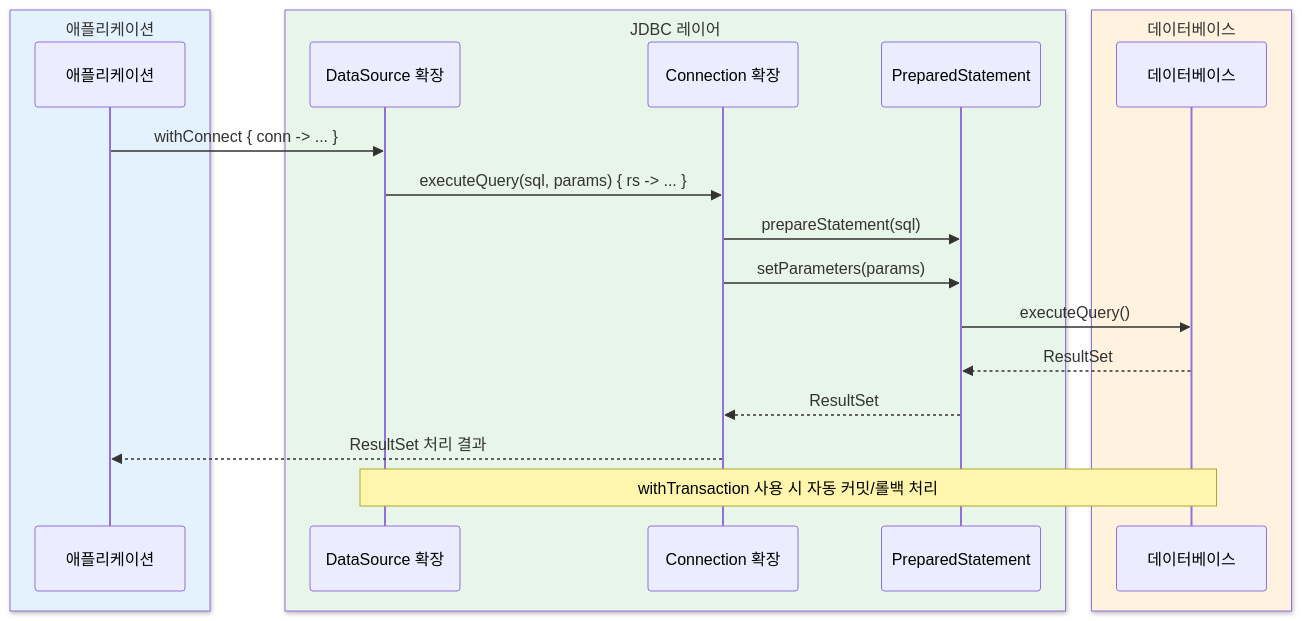
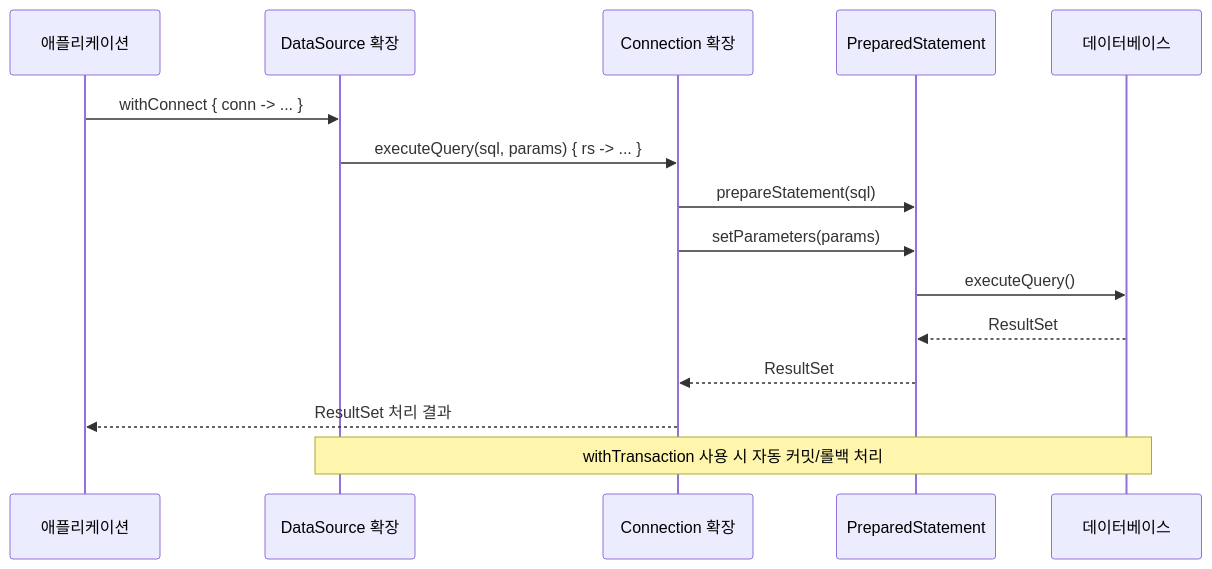
Before and after one commit to bluetape4k/bluetape4k-projects: the third of 3 diagrams in data/jdbc/README.ko.md, drawn with Mermaid. The commit also changed other lines of this file and 219 other files, not shown here.

First line of the commit message:
docs: 전체 README Mermaid 다이어그램 가이드 적용

````diff
--- a/data/jdbc/README.ko.md
+++ b/data/jdbc/README.ko.md
@@ -546,25 +546,19 @@
 ```mermaid
 sequenceDiagram
-    box rgb(227, 242, 253) 애플리케이션
         participant App as 애플리케이션
-    end
-    box rgb(232, 245, 233) JDBC 레이어
         participant DS as DataSource 확장
         participant Conn as Connection 확장
         participant PS as PreparedStatement
-    end
-    box rgb(255, 243, 224) 데이터베이스
         participant DB as 데이터베이스
-    end
 
     App->>DS: withConnect { conn -> ... }
     DS->>Conn: executeQuery(sql, params) { rs -> ... }
     Conn->>PS: prepareStatement(sql)
     Conn->>PS: setParameters(params)
     PS->>DB: executeQuery()
     DB-->>PS: ResultSet
     PS-->>Conn: ResultSet
     Conn-->>App: ResultSet 처리 결과
 
     Note over DS,DB: withTransaction 사용 시 자동 커밋/롤백 처리
 ```
````
